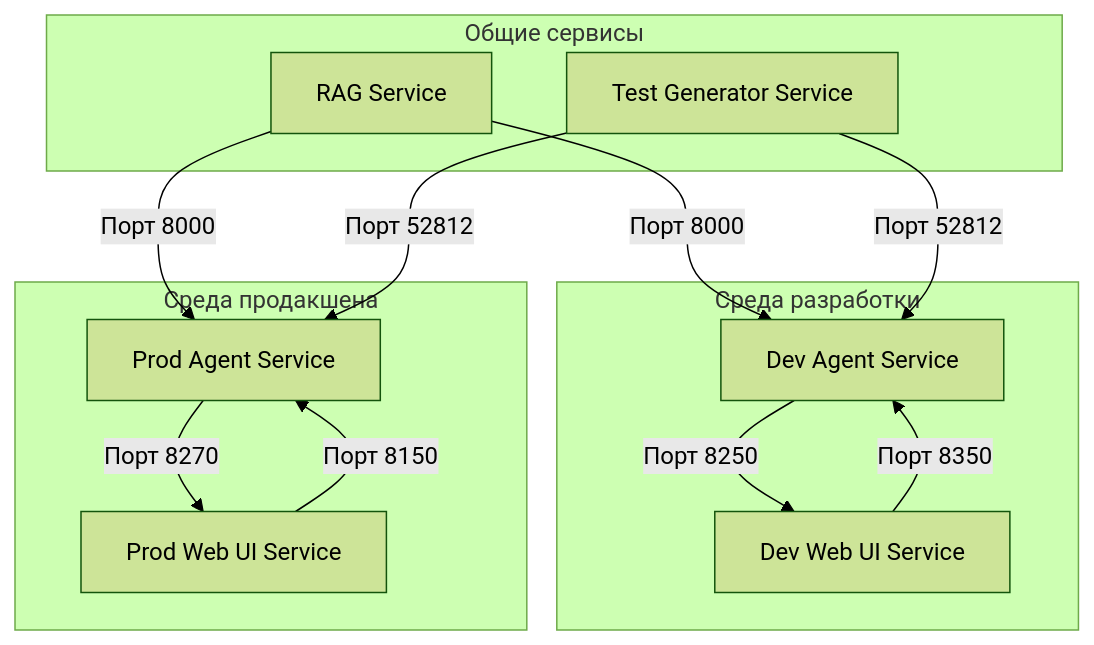
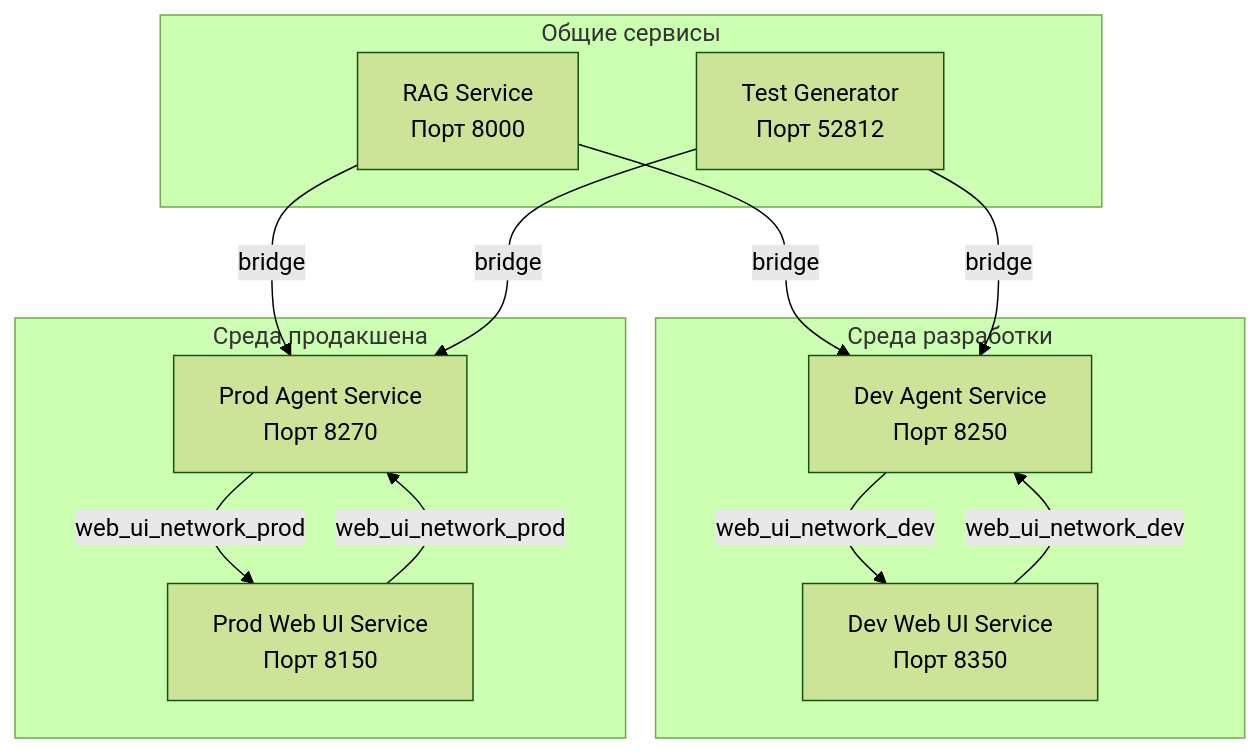
The diagram in docs/network_interaction.md (Lifelong-Learning-Assisttant/agent_service), drawn with Mermaid (forest theme) before and after one commit. The commit also changed other lines of this file and 1 other file, not shown here.

First line of the commit message:
docs: обновление документации по разделению dev и prod сред

````diff
--- a/docs/network_interaction.md
+++ b/docs/network_interaction.md
@@ -15,19 +15,19 @@
 ```mermaid
 graph TD
     subgraph Среда разработки
-        A1[Dev Agent Service] -->|Порт 8250| B1[Dev Web UI Service]
-        B1 -->|Порт 8350| A1
+        A1[Dev Agent Service<br/>Порт 8250] -->|web_ui_network_dev| B1[Dev Web UI Service<br/>Порт 8350]
+        B1 -->|web_ui_network_dev| A1
     end
 
     subgraph Среда продакшена
-        A2[Prod Agent Service] -->|Порт 8270| B2[Prod Web UI Service]
-        B2 -->|Порт 8150| A2
+        A2[Prod Agent Service<br/>Порт 8270] -->|web_ui_network_prod| B2[Prod Web UI Service<br/>Порт 8150]
+        B2 -->|web_ui_network_prod| A2
     end
 
     subgraph Общие сервисы
-        D[RAG Service] -->|Порт 8000| A1
-        D -->|Порт 8000| A2
-        E[Test Generator Service] -->|Порт 52812| A1
-        E -->|Порт 52812| A2
+        D[RAG Service<br/>Порт 8000] -->|bridge| A1
+        D -->|bridge| A2
+        E[Test Generator<br/>Порт 52812] -->|bridge| A1
+        E -->|bridge| A2
     end
 ```
````
